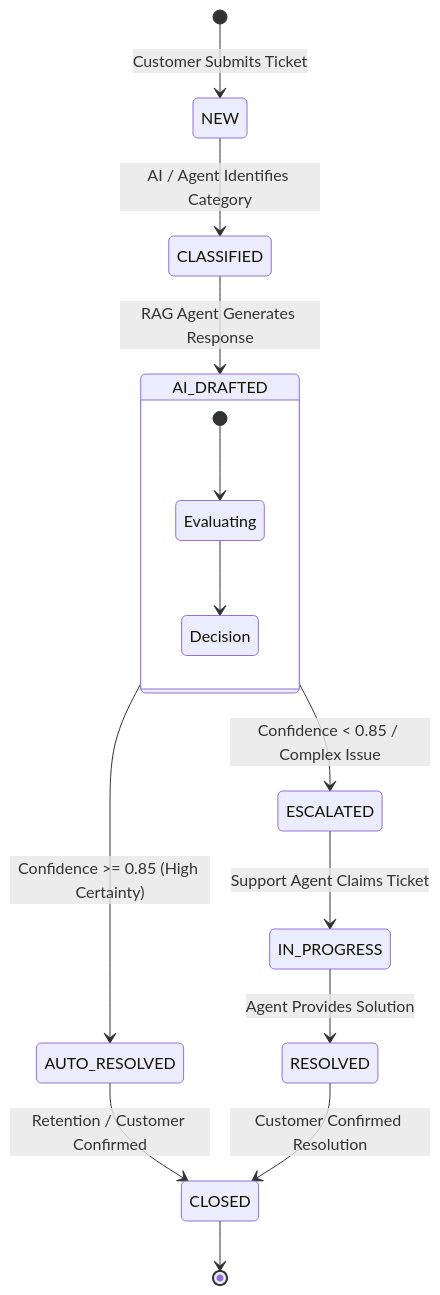
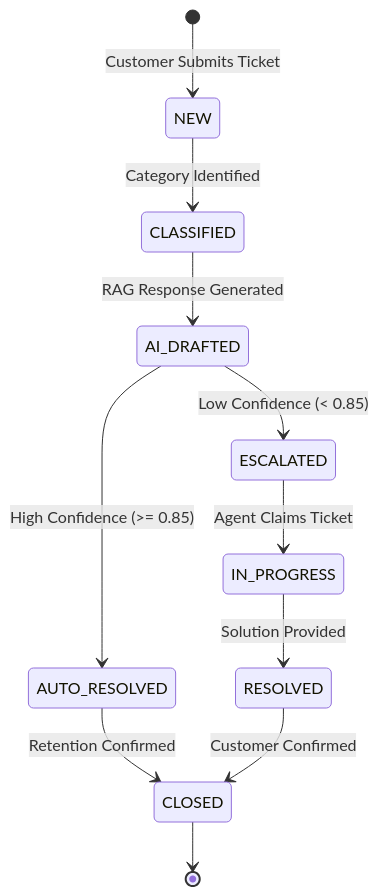
Before and after one commit to mavericaks/Nexus: the fourth of 4 diagrams in README.md, drawn with Mermaid. The commit also changed other lines of this file and 1 other file, not shown here.

Commit message:
docs: fix Mermaid diagram syntax for GitHub markdown rendering

````diff
--- a/README.md
+++ b/README.md
@@ -194,23 +194,13 @@
 ```mermaid
 stateDiagram-v2
     [*] --> NEW: Customer Submits Ticket
-    
-    NEW --> CLASSIFIED: AI / Agent Identifies Category
-    CLASSIFIED --> AI_DRAFTED: RAG Agent Generates Response
-    
-    state AI_DRAFTED {
-        [*] --> Evaluating
-        Evaluating --> Decision
-    }
-    
-    AI_DRAFTED --> AUTO_RESOLVED: Confidence >= 0.85 (High Certainty)
-    AI_DRAFTED --> ESCALATED: Confidence < 0.85 / Complex Issue
-    
-    ESCALATED --> IN_PROGRESS: Support Agent Claims Ticket
-    IN_PROGRESS --> RESOLVED: Agent Provides Solution
-    
-    AUTO_RESOLVED --> CLOSED: Retention / Customer Confirmed
-    RESOLVED --> CLOSED: Customer Confirmed Resolution
-    
+    NEW --> CLASSIFIED: Category Identified
+    CLASSIFIED --> AI_DRAFTED: RAG Response Generated
+    AI_DRAFTED --> AUTO_RESOLVED: High Confidence (>= 0.85)
+    AI_DRAFTED --> ESCALATED: Low Confidence (< 0.85)
+    ESCALATED --> IN_PROGRESS: Agent Claims Ticket
+    IN_PROGRESS --> RESOLVED: Solution Provided
+    AUTO_RESOLVED --> CLOSED: Retention Confirmed
+    RESOLVED --> CLOSED: Customer Confirmed
     CLOSED --> [*]
 ```
````
